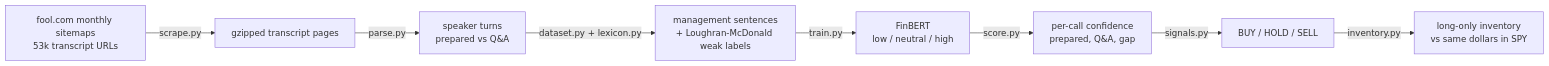
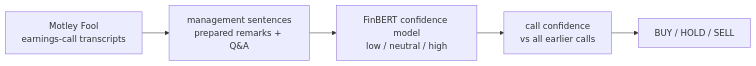
One commit to EthanXu07/fintrax changed the diagram in README.md. Above: the diagram before and after it, drawn with Mermaid. The commit also changed other lines of this file and 40 other files, not shown here.

First line of the commit message:
Make confidence the core: confidence-only signals, signal report, evaluation appendix

````diff
--- a/README.md
+++ b/README.md
@@ -9,10 +9,7 @@
 ```mermaid
 flowchart LR
-    A[fool.com monthly sitemaps<br/>53k transcript URLs] -->|scrape.py| B[gzipped transcript pages]
-    B -->|parse.py| C[speaker turns<br/>prepared vs Q&A]
-    C -->|dataset.py + lexicon.py| D[management sentences<br/>+ Loughran-McDonald weak labels]
-    D -->|train.py| E[FinBERT<br/>low / neutral / high]
-    E -->|score.py| F[per-call confidence<br/>prepared, Q&A, gap]
-    F -->|signals.py| G[BUY / HOLD / SELL]
-    G -->|inventory.py| H[long-only inventory<br/>vs same dollars in SPY]
+    A[Motley Fool<br/>earnings-call transcripts] --> B[management sentences<br/>prepared remarks + Q&A]
+    B --> C[FinBERT confidence model<br/>low / neutral / high]
+    C --> D[call confidence<br/>vs all earlier calls]
+    D --> E[BUY / HOLD / SELL]
 ```
````
